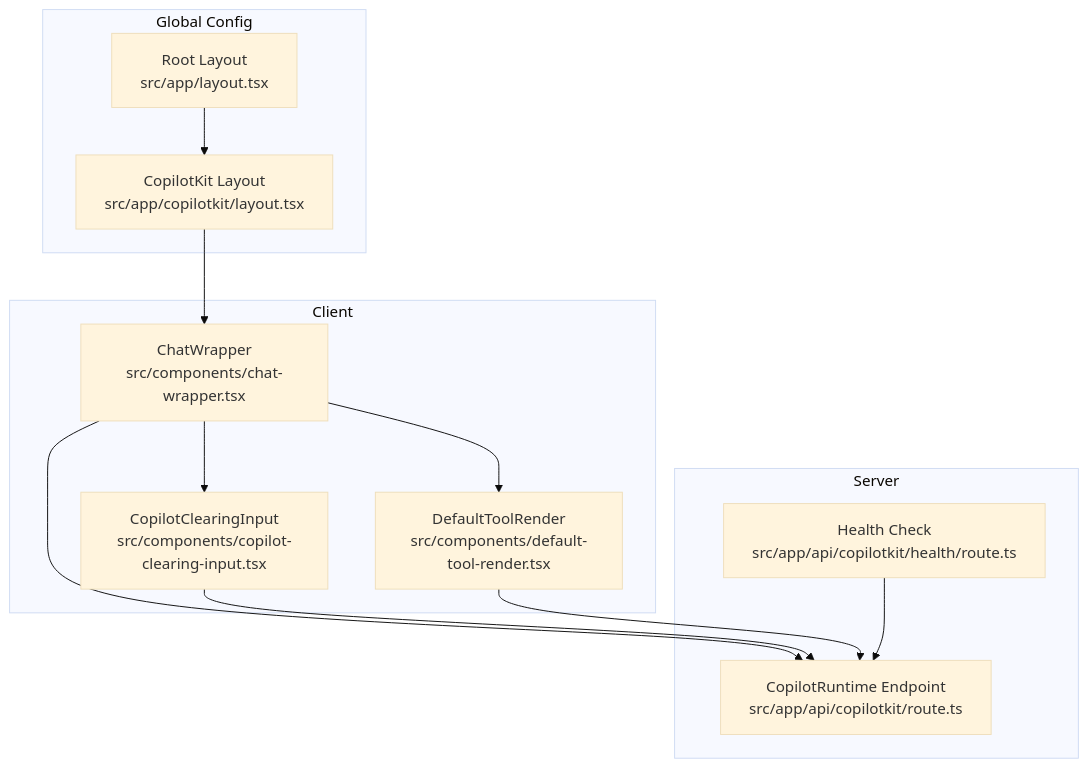
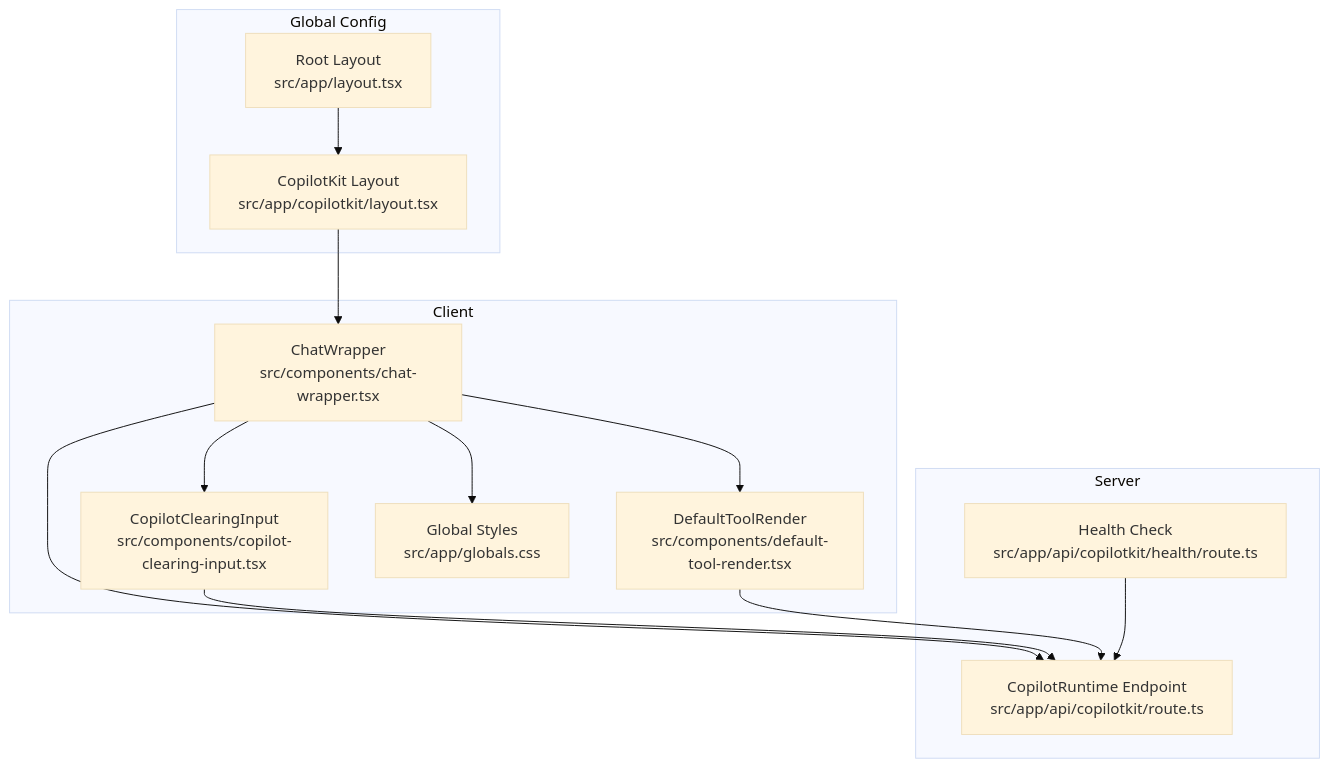
The first of 6 diagrams in .qoder/repowiki/en/content/Feature Modules/AI Chat Interface.md (peixuanhu/goal-mate), drawn with Mermaid (base theme) before and after one commit. The commit also changed other lines of this file and 10 other files, not shown here.

````diff
--- a/.qoder/repowiki/en/content/Feature Modules/AI Chat Interface.md
+++ b/.qoder/repowiki/en/content/Feature Modules/AI Chat Interface.md
@@ -37,24 +46,26 @@
 ```mermaid
 graph TB
 subgraph "Client"
 CW["ChatWrapper<br/>src/components/chat-wrapper.tsx"]
 CI["CopilotClearingInput<br/>src/components/copilot-clearing-input.tsx"]
 DTR["DefaultToolRender<br/>src/components/default-tool-render.tsx"]
+GCSS["Global Styles<br/>src/app/globals.css"]
 end
 subgraph "Server"
 RT["CopilotRuntime Endpoint<br/>src/app/api/copilotkit/route.ts"]
 HL["Health Check<br/>src/app/api/copilotkit/health/route.ts"]
 end
 subgraph "Global Config"
 RL["Root Layout<br/>src/app/layout.tsx"]
 CL["CopilotKit Layout<br/>src/app/copilotkit/layout.tsx"]
 end
 RL --> CL
 CL --> CW
 CW --> CI
 CW --> DTR
+CW --> GCSS
 CW --> RT
 CI --> RT
 DTR --> RT
 HL --> RT
 ```
````
